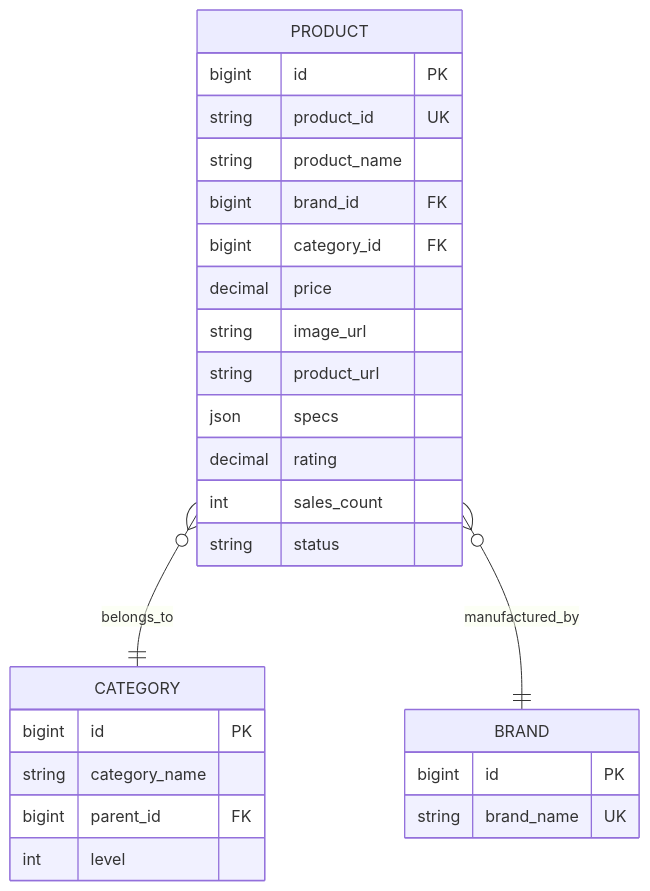
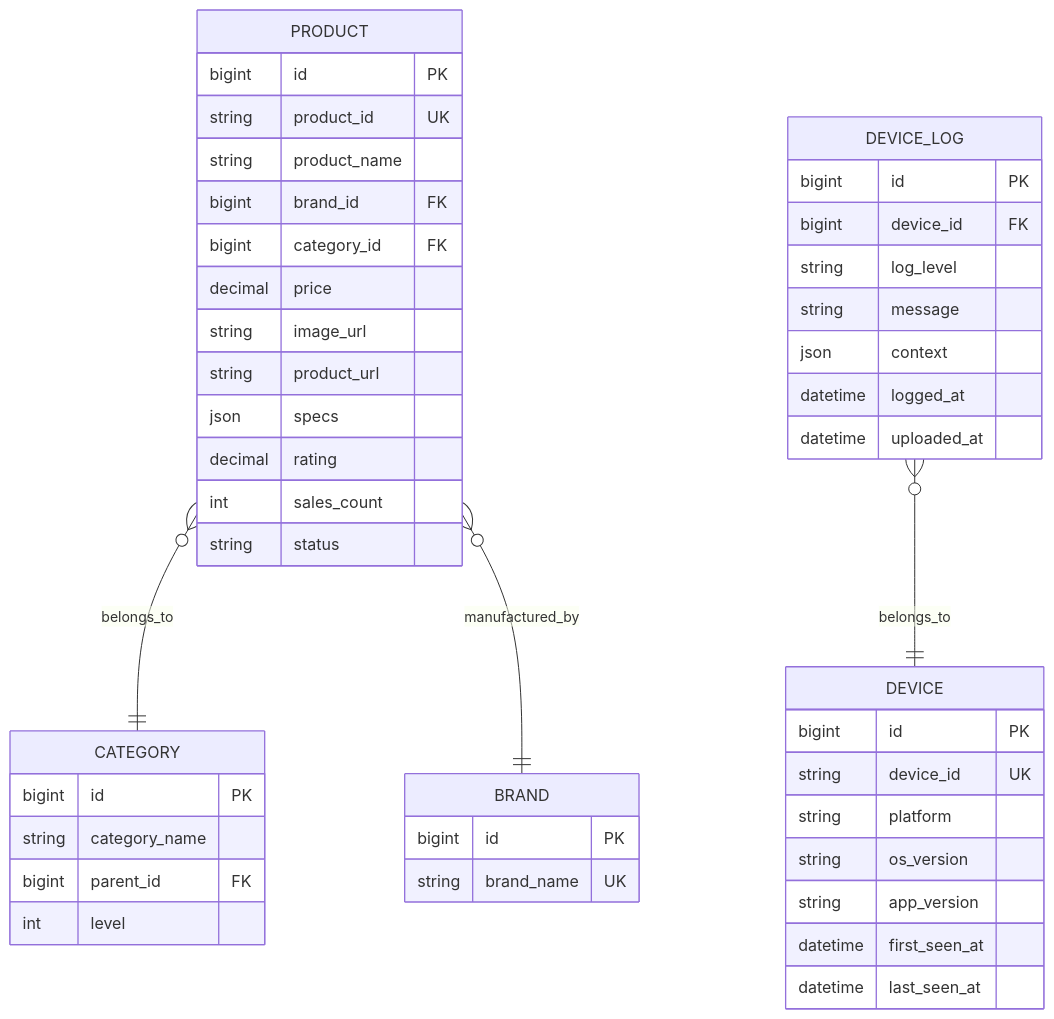
One commit to Blanceone/smart-home changed the sixth of 7 diagrams in docs/ARCH/ARCHITECTURE.md. Above: the diagram before and after it, drawn with Mermaid. The commit also changed other lines of this file and 49 other files, not shown here.

````diff
--- a/docs/ARCH/ARCHITECTURE.md
+++ b/docs/ARCH/ARCHITECTURE.md
@@ -363,32 +425,53 @@
 ```mermaid
 erDiagram
     PRODUCT }o--|| CATEGORY : belongs_to
     PRODUCT }o--|| BRAND : manufactured_by
+    DEVICE_LOG }o--|| DEVICE : belongs_to
 
     PRODUCT {
         bigint id PK
         string product_id UK
         string product_name
         bigint brand_id FK
         bigint category_id FK
         decimal price
         string image_url
         string product_url
         json specs
         decimal rating
         int sales_count
         string status
     }
 
     BRAND {
         bigint id PK
         string brand_name UK
     }
 
     CATEGORY {
         bigint id PK
         string category_name
         bigint parent_id FK
         int level
     }
+
+    DEVICE {
+        bigint id PK
+        string device_id UK
+        string platform
+        string os_version
+        string app_version
+        datetime first_seen_at
+        datetime last_seen_at
+    }
+
+    DEVICE_LOG {
+        bigint id PK
+        bigint device_id FK
+        string log_level
+        string message
+        json context
+        datetime logged_at
+        datetime uploaded_at
+    }
 ```
````
